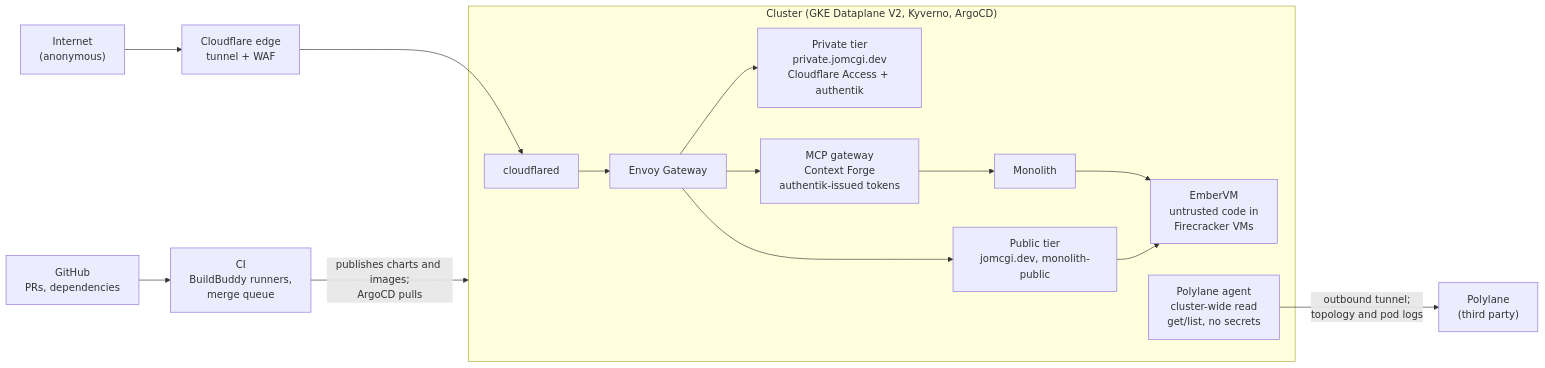
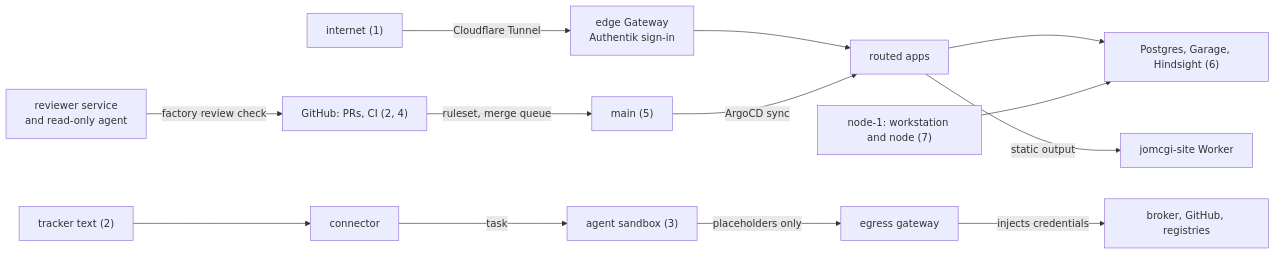
One commit to jomcgi-org/homelab changed the diagram in docs/THREAT-MODEL.md. Above: the diagram before and after it, drawn with Mermaid. The commit also changed other lines of this file and 6 other files, not shown here.

First line of the commit message:
docs(security): give the threat model a two-cluster structure without a findings list

````diff
--- a/docs/THREAT-MODEL.md
+++ b/docs/THREAT-MODEL.md
@@ -26,18 +42,15 @@
 ```mermaid
-graph LR
-    I["Internet<br/>(anonymous)"] --> CFE["Cloudflare edge<br/>tunnel + WAF"]
-    GH["GitHub<br/>PRs, dependencies"] --> CI["CI<br/>BuildBuddy runners,<br/>merge queue"]
-    CFE --> CFD
-    CI -- "publishes charts and images;<br/>ArgoCD pulls" --> K8S
-    subgraph K8S ["Cluster (GKE Dataplane V2, Kyverno, ArgoCD)"]
-        CFD["cloudflared"] --> GW["Envoy Gateway"]
-        GW --> PUB["Public tier<br/>jomcgi.dev, monolith-public"]
-        GW --> PRIV["Private tier<br/>private.jomcgi.dev<br/>Cloudflare Access + authentik"]
-        GW --> MCP["MCP gateway<br/>Context Forge<br/>authentik-issued tokens"]
-        MCP --> MONO["Monolith"]
-        MONO --> EVM["EmberVM<br/>untrusted code in<br/>Firecracker VMs"]
-        PUB --> EVM
-        POLY["Polylane agent<br/>cluster-wide read<br/>get/list, no secrets"]
-    end
-    POLY -- "outbound tunnel;<br/>topology and pod logs" --> PL["Polylane<br/>(third party)"]
+flowchart LR
+  NET["internet (1)"] -- "Cloudflare Tunnel" --> EDGE["edge Gateway<br/>Authentik sign-in"]
+  EDGE --> APPS["routed apps"]
+  GH["GitHub: PRs, CI (2, 4)"] -- "ruleset, merge queue" --> MAIN["main (5)"]
+  REV["reviewer service<br/>and read-only agent"] -- "factory review check" --> GH
+  MAIN -- "ArgoCD sync" --> APPS
+  TRK["tracker text (2)"] --> CON["connector"]
+  CON -- "task" --> SBX["agent sandbox (3)"]
+  SBX -- "placeholders only" --> EGW["egress gateway"]
+  EGW -- "injects credentials" --> BRK["broker, GitHub, registries"]
+  APPS --> DATA["Postgres, Garage, Hindsight (6)"]
+  APPS -- "static output" --> WRK["jomcgi-site Worker"]
+  N1["node-1: workstation and node (7)"] --> DATA
 ```
````
